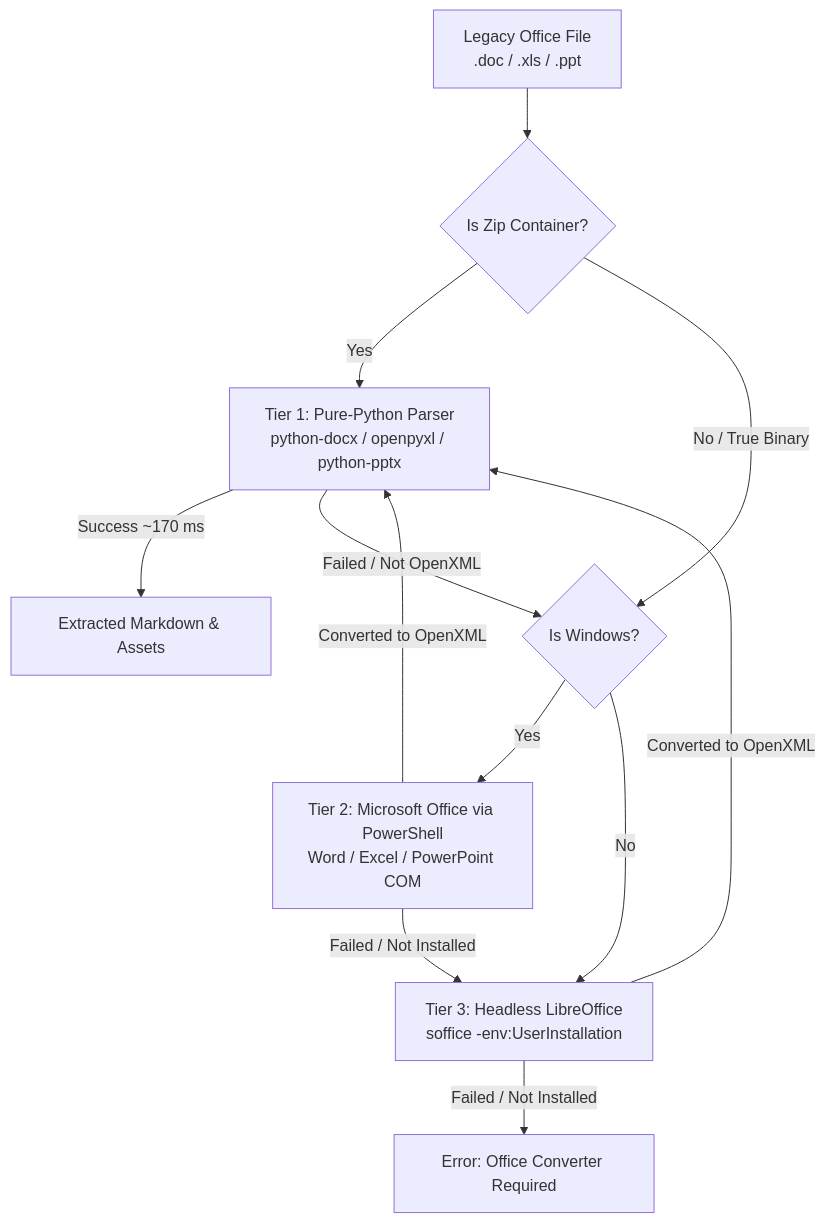
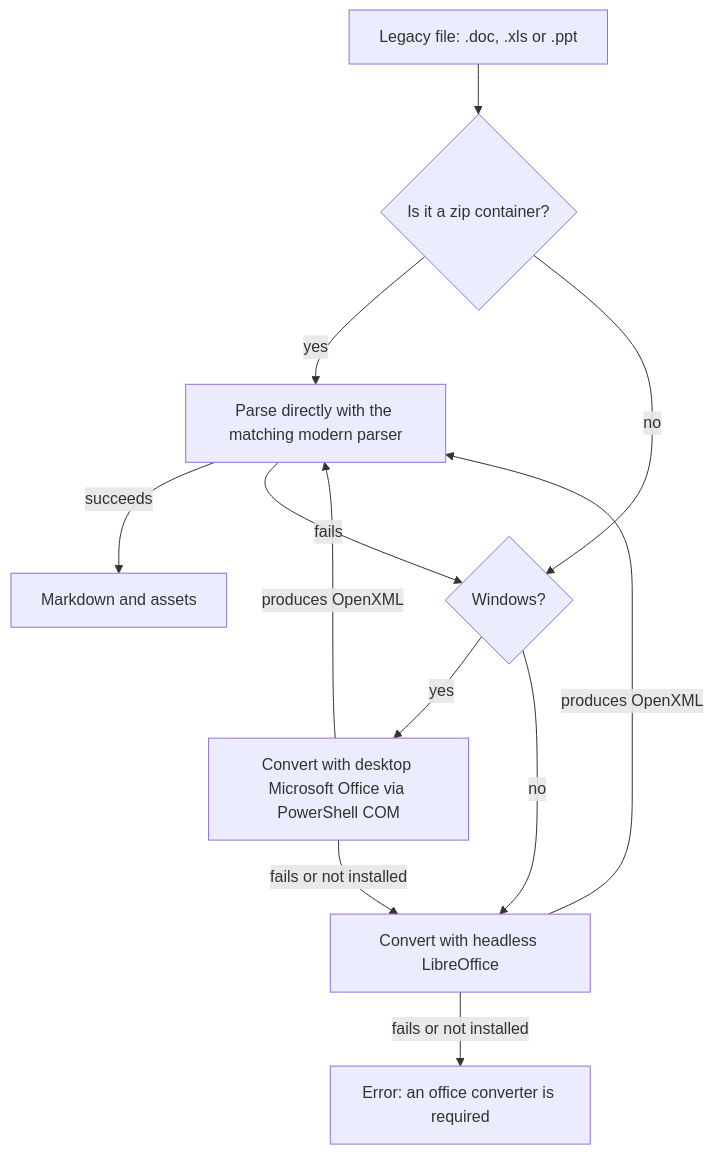
Before and after one commit to sergeypugin/hammerdown: the second of 2 diagrams in docs/ARCHITECTURE.md, drawn with Mermaid. The commit also changed other lines of this file and 17 other files, not shown here.

First line of the commit message:
docs: refresh ARCHITECTURE, PERFORMANCE, TECHNICAL, CONTRIBUTING, README

````diff
--- a/docs/ARCHITECTURE.md
+++ b/docs/ARCHITECTURE.md
@@ -135,18 +134,14 @@
 ```mermaid
 flowchart TD
-    INPUT[Legacy Office File<br>.doc / .xls / .ppt] --> CHECK{Is Zip Container?}
-
-    CHECK -->|Yes| TIER1[Tier 1: Pure-Python Parser<br>python-docx / openpyxl / python-pptx]
-    TIER1 -->|Success ~170 ms| SUCCESS[Extracted Markdown & Assets]
-    TIER1 -->|Failed / Not OpenXML| WIN_CHECK{Is Windows?}
-
-    CHECK -->|No / True Binary| WIN_CHECK
-
-    WIN_CHECK -->|Yes| TIER2[Tier 2: Microsoft Office via PowerShell<br>Word / Excel / PowerPoint COM]
-    TIER2 -->|Converted to OpenXML| TIER1
-    TIER2 -->|Failed / Not Installed| TIER3
-
-    WIN_CHECK -->|No| TIER3[Tier 3: Headless LibreOffice<br>soffice -env:UserInstallation]
-    TIER3 -->|Converted to OpenXML| TIER1
-    TIER3 -->|Failed / Not Installed| FAIL[Error: Office Converter Required]
+    A["Legacy file: .doc, .xls or .ppt"] --> B{Is it a zip container?}
+    B -->|yes| C[Parse directly with the matching modern parser]
+    C -->|succeeds| Z[Markdown and assets]
+    C -->|fails| D{Windows?}
+    B -->|no| D
+    D -->|yes| E[Convert with desktop Microsoft Office via PowerShell COM]
+    E -->|produces OpenXML| C
+    E -->|fails or not installed| F[Convert with headless LibreOffice]
+    D -->|no| F
+    F -->|produces OpenXML| C
+    F -->|fails or not installed| G["Error: an office converter is required"]
 ```
````
